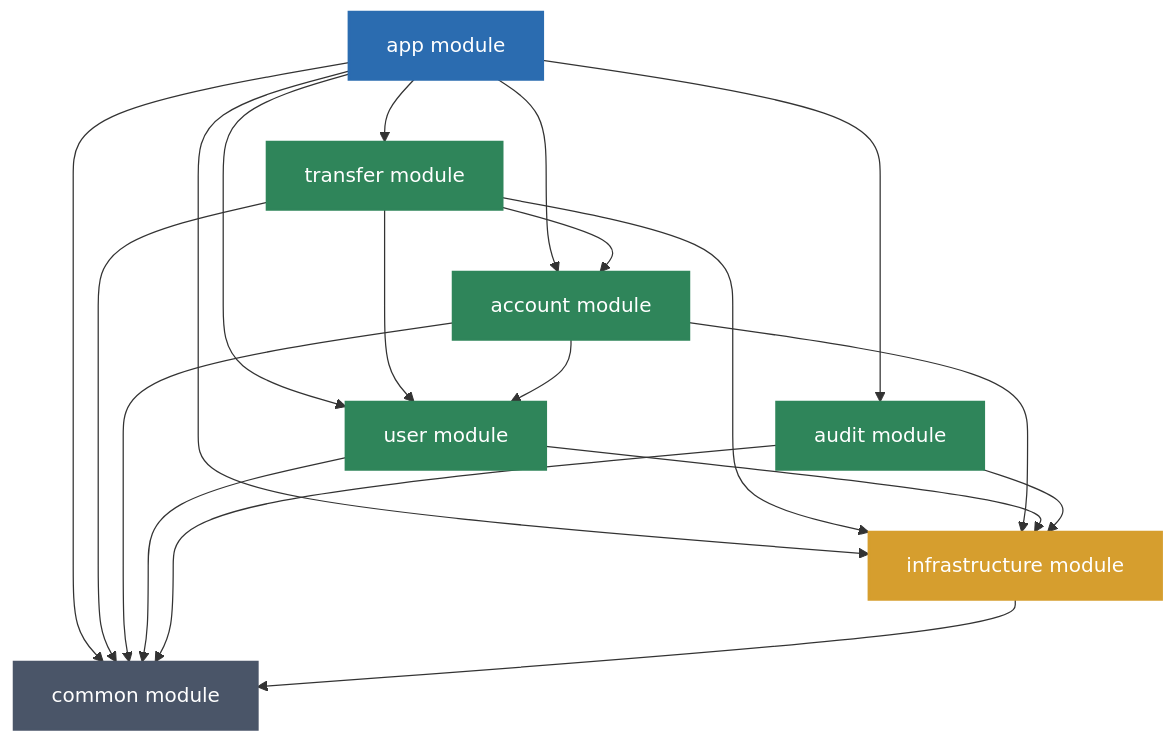
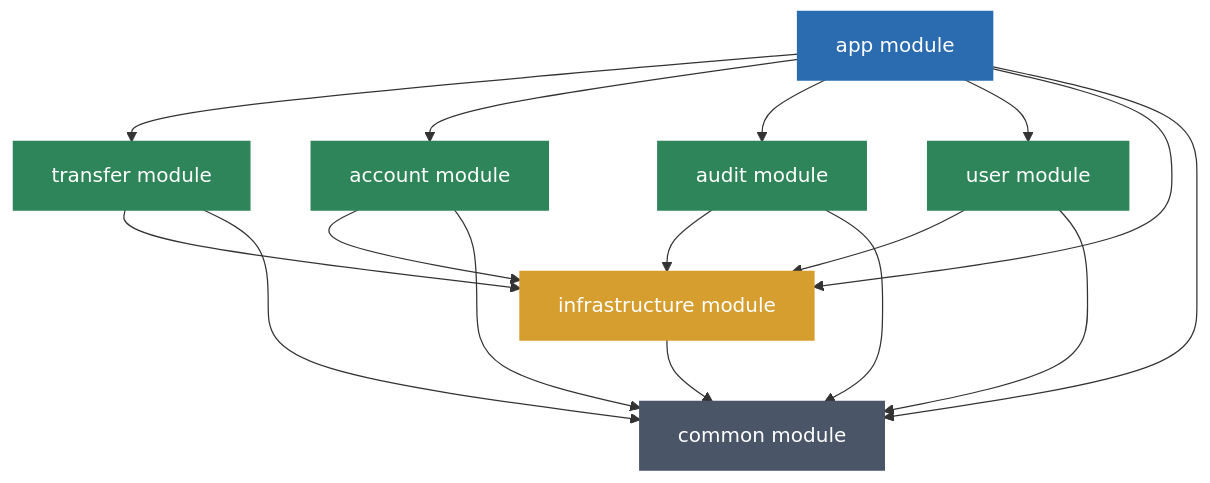
Before and after one commit to BerkanApaydin/core-banking: the diagram in readme.md, drawn with Mermaid. The commit also changed other lines of this file and 62 other files, not shown here.

````diff
--- a/readme.md
+++ b/readme.md
@@ -46,22 +46,22 @@
 ```mermaid
 graph TD
     classDef appClass fill:#2B6CB0,stroke:#2B6CB0,color:#fff,stroke-width:2px;
     classDef domainClass fill:#2F855A,stroke:#2F855A,color:#fff,stroke-width:2px;
     classDef infraClass fill:#D69E2E,stroke:#D69E2E,color:#fff,stroke-width:2px;
     classDef commonClass fill:#4A5568,stroke:#4A5568,color:#fff,stroke-width:2px;
 
     app[app module]:::appClass
     transfer[transfer module]:::domainClass
     account[account module]:::domainClass
     audit[audit module]:::domainClass
     user[user module]:::domainClass
     infra[infrastructure module]:::infraClass
     common[common module]:::commonClass
 
     app --> transfer & account & audit & user & infra & common
-    transfer --> account & user & infra & common
-    account --> user & infra & common
+    transfer --> infra & common
+    account --> infra & common
     user --> infra & common
     audit --> infra & common
     infra --> common
 ```
````
